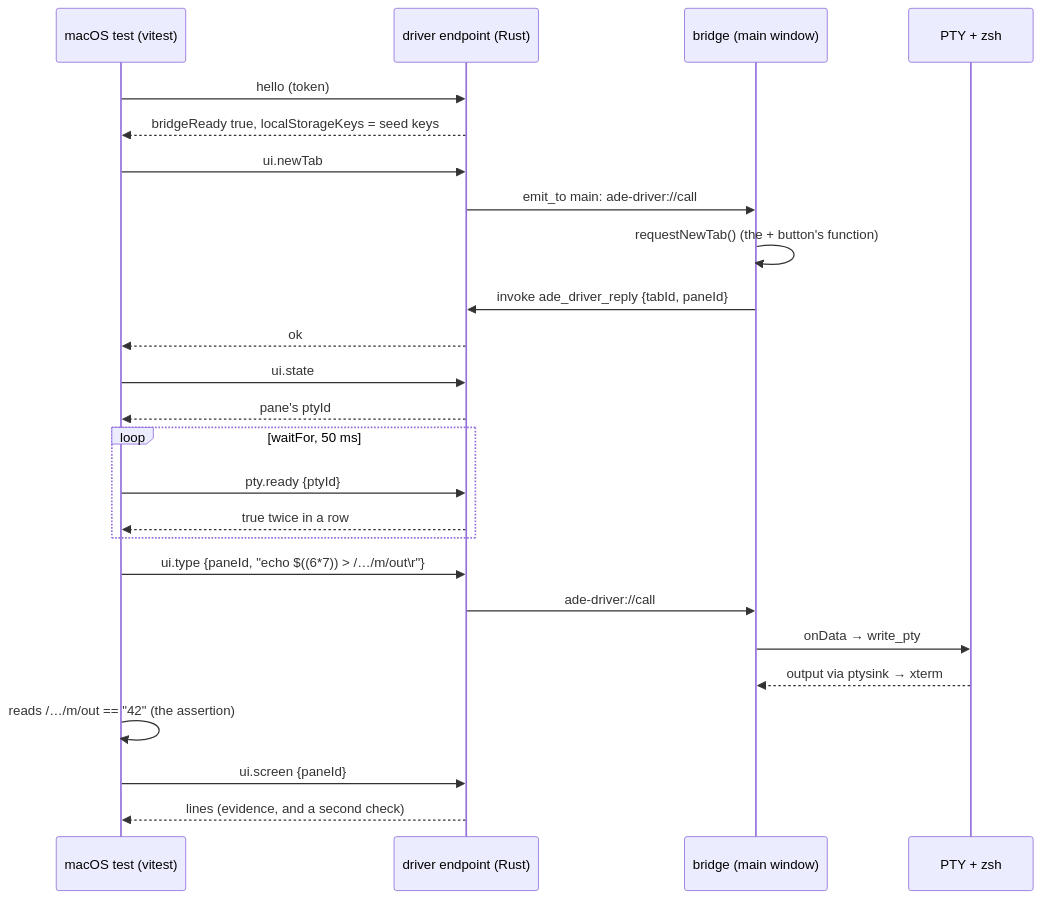
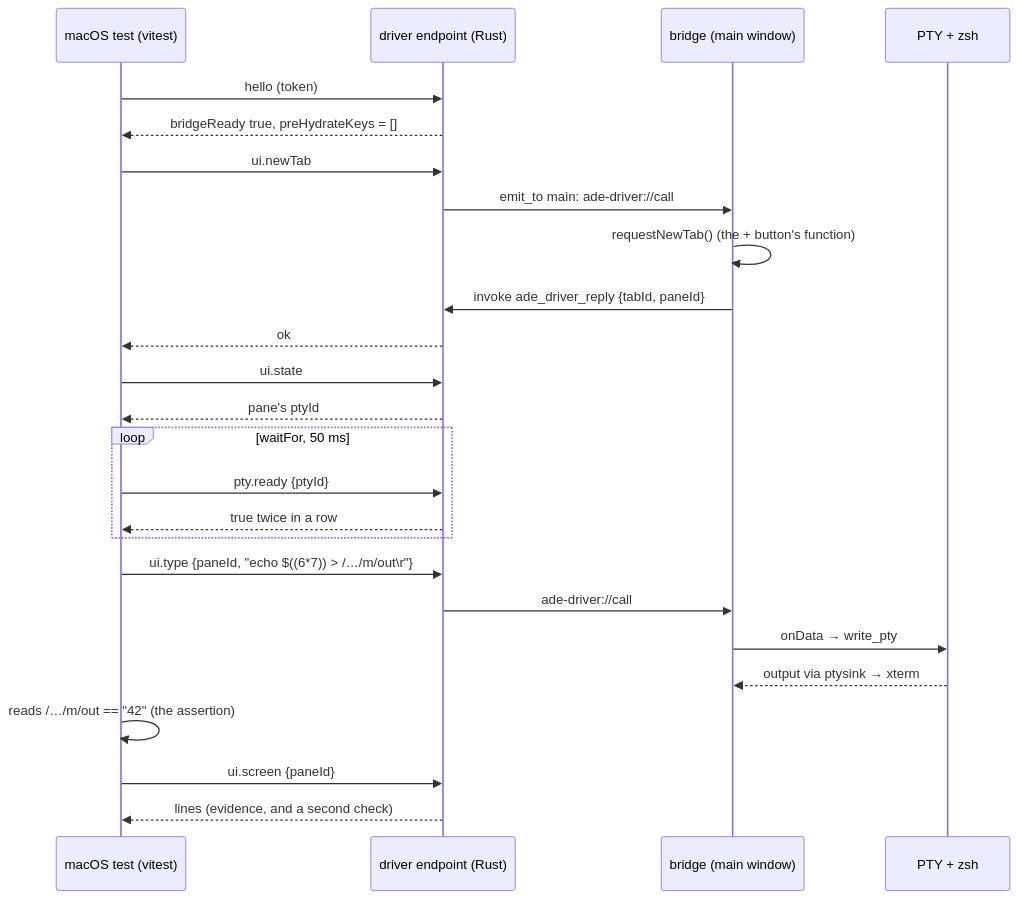
One commit to alvin-reyes/better-agentic-ide changed the second of 2 diagrams in docs/superpowers/specs/2026-11-09-desktop-e2e-design.md. Above: the diagram before and after it, drawn with Mermaid. The commit also changed other lines of this file and 2 other files, not shown here.

````diff
--- a/docs/superpowers/specs/2026-11-09-desktop-e2e-design.md
+++ b/docs/superpowers/specs/2026-11-09-desktop-e2e-design.md
@@ -256,27 +371,27 @@
 ```mermaid
 sequenceDiagram
   participant T as macOS test (vitest)
   participant E as driver endpoint (Rust)
   participant W as bridge (main window)
   participant P as PTY + zsh
   T->>E: hello (token)
-  E-->>T: bridgeReady true, localStorageKeys = seed keys
+  E-->>T: bridgeReady true, preHydrateKeys = []
   T->>E: ui.newTab
   E->>W: emit_to main: ade-driver://call
   W->>W: requestNewTab() (the + button's function)
   W->>E: invoke ade_driver_reply {tabId, paneId}
   E-->>T: ok
   T->>E: ui.state
   E-->>T: pane's ptyId
   loop waitFor, 50 ms
     T->>E: pty.ready {ptyId}
     E-->>T: true twice in a row
   end
   T->>E: ui.type {paneId, "echo $((6*7)) > /…/m/out\r"}
   E->>W: ade-driver://call
   W->>P: onData → write_pty
   P-->>W: output via ptysink → xterm
   T->>T: reads /…/m/out == "42" (the assertion)
   T->>E: ui.screen {paneId}
   E-->>T: lines (evidence, and a second check)
 ```
````
